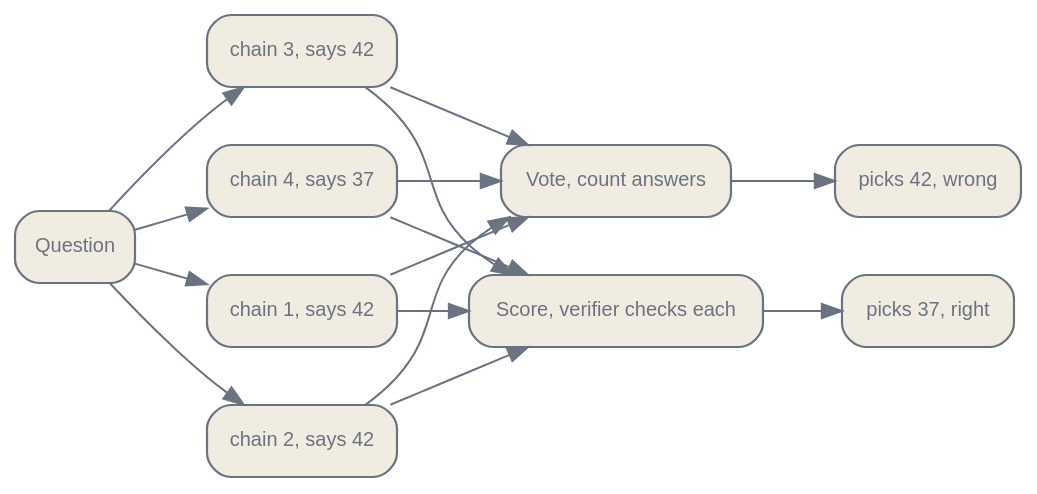
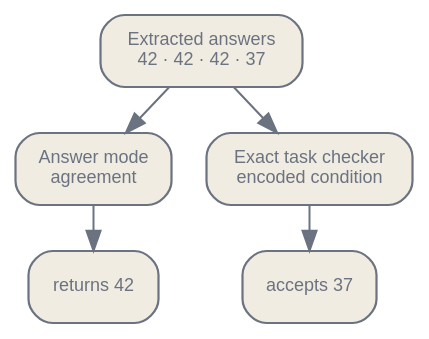
One commit to latere-ai/ai-as-an-infrastructure changed the third of 3 diagrams in en/reasoning/01-eliciting-reasoning.qmd. Above: the diagram before and after it, drawn with Graphviz. The commit also changed other lines of this file and 5 other files, not shown here.

````diff
--- a/en/reasoning/01-eliciting-reasoning.qmd
+++ b/en/reasoning/01-eliciting-reasoning.qmd
@@ -222,34 +295,20 @@
 ```{dot}
 //| label: fig-eliciting-reasoning-vote-vs-score
-//| fig-cap: "Vote versus score over the same n samples. A majority vote returns the consensus 42, which is wrong. A verifier scores each chain against ground truth and selects the minority chain that reaches 37, which is right."
+//| fig-cap: "Agreement and checking answer different questions. In this constructed example, three candidates agree on 42, while an exact task checker accepts the minority answer 37. A learned scorer would add another estimate, not ground truth."
 digraph {
   bgcolor="transparent";
-  rankdir=LR;
-  nodesep=0.4; ranksep=0.5;
-  node [shape=box, style="rounded,filled", fontname="Helvetica", fontsize=10, color="#6b7280", fontcolor="#6b7280", fillcolor="#f1ece1", penwidth=1.1];
-  edge [fontsize=10, fontname="Helvetica", color="#6b7280", fontcolor="#6b7280"];
-  Q [label="Question"];
-  C1 [label="chain 1, says 42"];
-  C2 [label="chain 2, says 42"];
-  C3 [label="chain 3, says 42"];
-  C4 [label="chain 4, says 37"];
-  V [label="Vote, count answers"];
-  S [label="Score, verifier checks each"];
-  VA [label="picks 42, wrong"];
-  SA [label="picks 37, right"];
-  Q -> C1;
-  Q -> C2;
-  Q -> C3;
-  Q -> C4;
-  C1 -> V;
-  C2 -> V;
-  C3 -> V;
-  C4 -> V;
-  C1 -> S;
-  C2 -> S;
-  C3 -> S;
-  C4 -> S;
-  V -> VA;
-  S -> SA;
+  rankdir=TB;
+  nodesep=0.24; ranksep=0.32;
+  node [shape=box, style="rounded,filled", fontname="Helvetica", fontsize=9, color="#6b7280", fontcolor="#6b7280", fillcolor="#f1ece1", penwidth=1.1];
+  edge [fontsize=8.5, fontname="Helvetica", color="#6b7280", fontcolor="#6b7280"];
+
+  samples [label="Extracted answers\n42 · 42 · 42 · 37"];
+  mode [label="Answer mode\nagreement"];
+  check [label="Exact task checker\nencoded condition"];
+  modeout [label="returns 42"];
+  checkout [label="accepts 37"];
+
+  samples -> mode -> modeout;
+  samples -> check -> checkout;
 }
 ```
````
